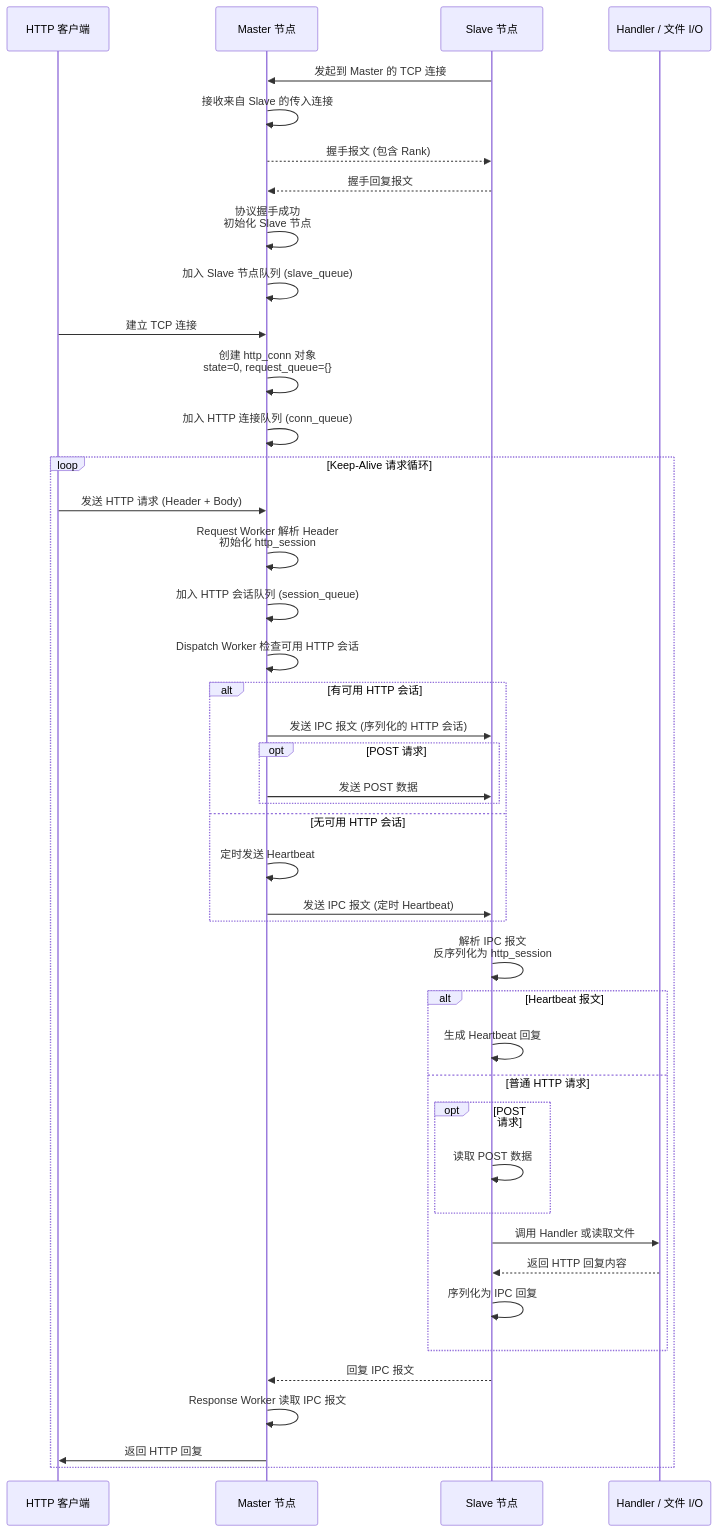
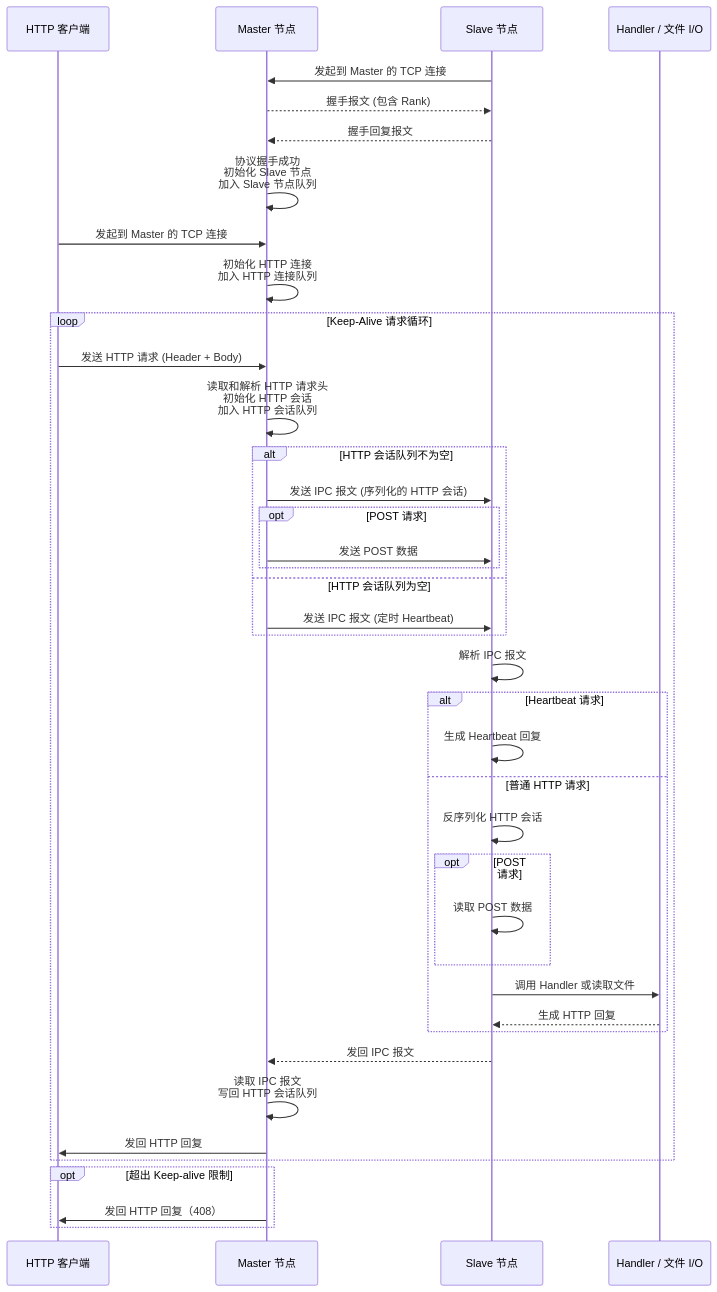
Before and after one commit to covscript/covscript-network: the first of 2 diagrams in Protocol.md, drawn with Mermaid. The commit also changed other lines of this file, not shown here.

Commit message:
校正文档

````diff
--- a/Protocol.md
+++ b/Protocol.md
@@ -345,56 +345,54 @@
 ```mermaid
 sequenceDiagram
     participant C as HTTP 客户端
     participant M as Master 节点
     participant S as Slave 节点
     participant H as Handler / 文件 I/O
 
     %% Slave 节点启动与握手
     S->>M: 发起到 Master 的 TCP 连接
-    M->>M: 接收来自 Slave 的传入连接
     M-->>S: 握手报文 (包含 Rank)
     S-->>M: 握手回复报文
-    M->>M: 协议握手成功<br/>初始化 Slave 节点
-    M->>M: 加入 Slave 节点队列 (slave_queue)
+    M->>M: 协议握手成功<br/>初始化 Slave 节点<br/>加入 Slave 节点队列
 
     %% 客户端连接与 HTTP 初始化
-    C->>M: 建立 TCP 连接
-    M->>M: 创建 http_conn 对象<br/>state=0, request_queue={}
-    M->>M: 加入 HTTP 连接队列 (conn_queue)
+    C->>M: 发起到 Master 的 TCP 连接
+    M->>M: 初始化 HTTP 连接<br/>加入 HTTP 连接队列
 
     loop Keep-Alive 请求循环
         C->>M: 发送 HTTP 请求 (Header + Body)
-        M->>M: Request Worker 解析 Header<br/>初始化 http_session
-        M->>M: 加入 HTTP 会话队列 (session_queue)
+        M->>M: 读取和解析 HTTP 请求头<br/>初始化 HTTP 会话<br/>加入 HTTP 会话队列
 
         %% Master 分发阶段
-        M->>M: Dispatch Worker 检查可用 HTTP 会话
-        alt 有可用 HTTP 会话
+        alt HTTP 会话队列不为空
             M->>S: 发送 IPC 报文 (序列化的 HTTP 会话)
             opt POST 请求
                 M->>S: 发送 POST 数据
             end
-        else 无可用 HTTP 会话
-            M->>M: 定时发送 Heartbeat
+        else HTTP 会话队列为空
             M->>S: 发送 IPC 报文 (定时 Heartbeat)
         end
 
         %% Slave 处理阶段
-        S->>S: 解析 IPC 报文<br/>反序列化为 http_session
-        alt Heartbeat 报文
+        S->>S: 解析 IPC 报文
+        alt Heartbeat 请求
             S->>S: 生成 Heartbeat 回复
         else 普通 HTTP 请求
+            S->>S: 反序列化 HTTP 会话
             opt POST 请求
                 S->>S: 读取 POST 数据
             end
             S->>H: 调用 Handler 或读取文件
-            H-->>S: 返回 HTTP 回复内容
-            S->>S: 序列化为 IPC 回复
+            H-->>S: 生成 HTTP 回复
         end
-        S-->>M: 回复 IPC 报文
+        S-->>M: 发回 IPC 报文
 
         %% Master 回复阶段
-        M->>M: Response Worker 读取 IPC 报文
-        M->>C: 返回 HTTP 回复
+        M->>M: 读取 IPC 报文<br/>写回 HTTP 会话队列
+        M->>C: 发回 HTTP 回复
+    end
+
+    opt 超出 Keep-alive 限制
+        M->>C: 发回 HTTP 回复（408）
     end
 ```
````
